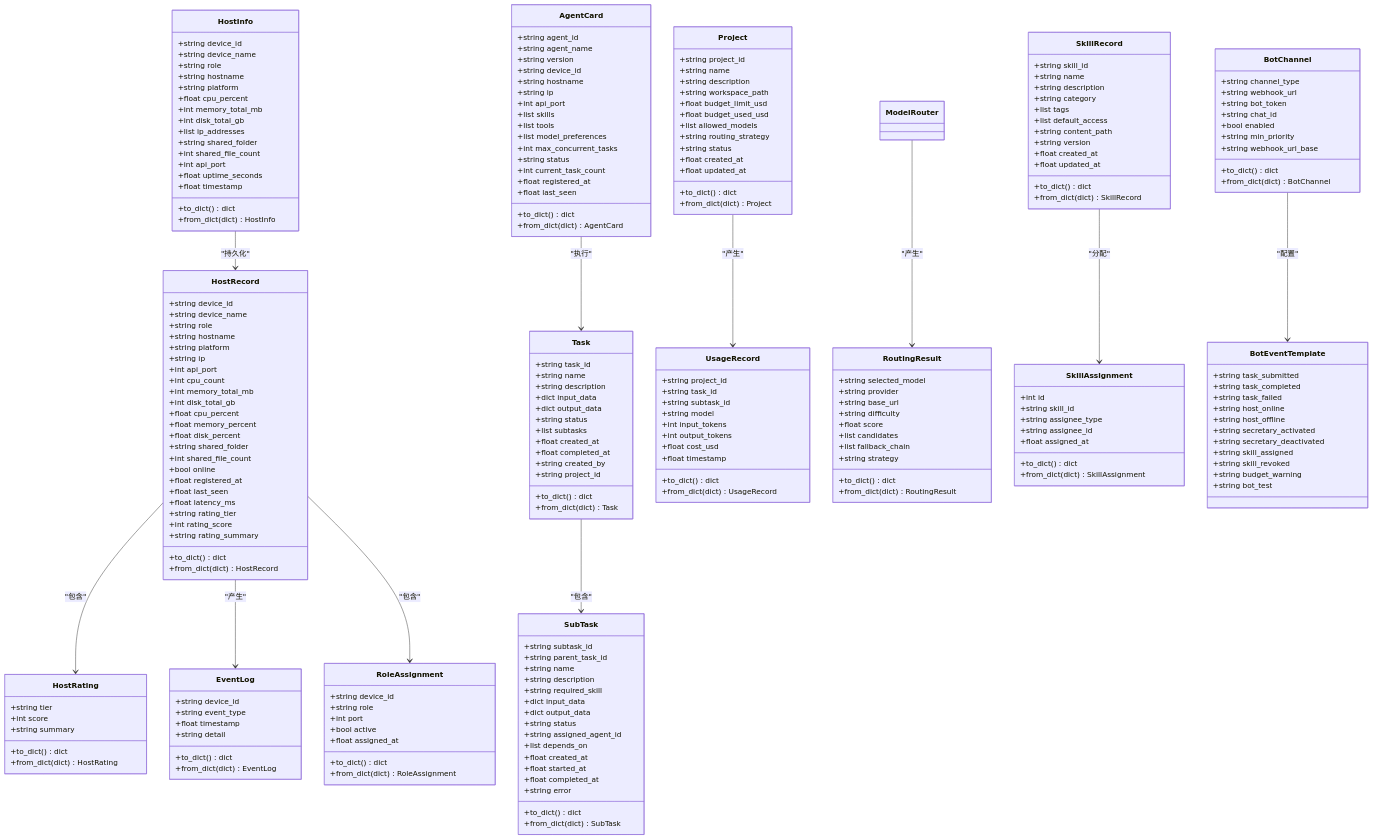
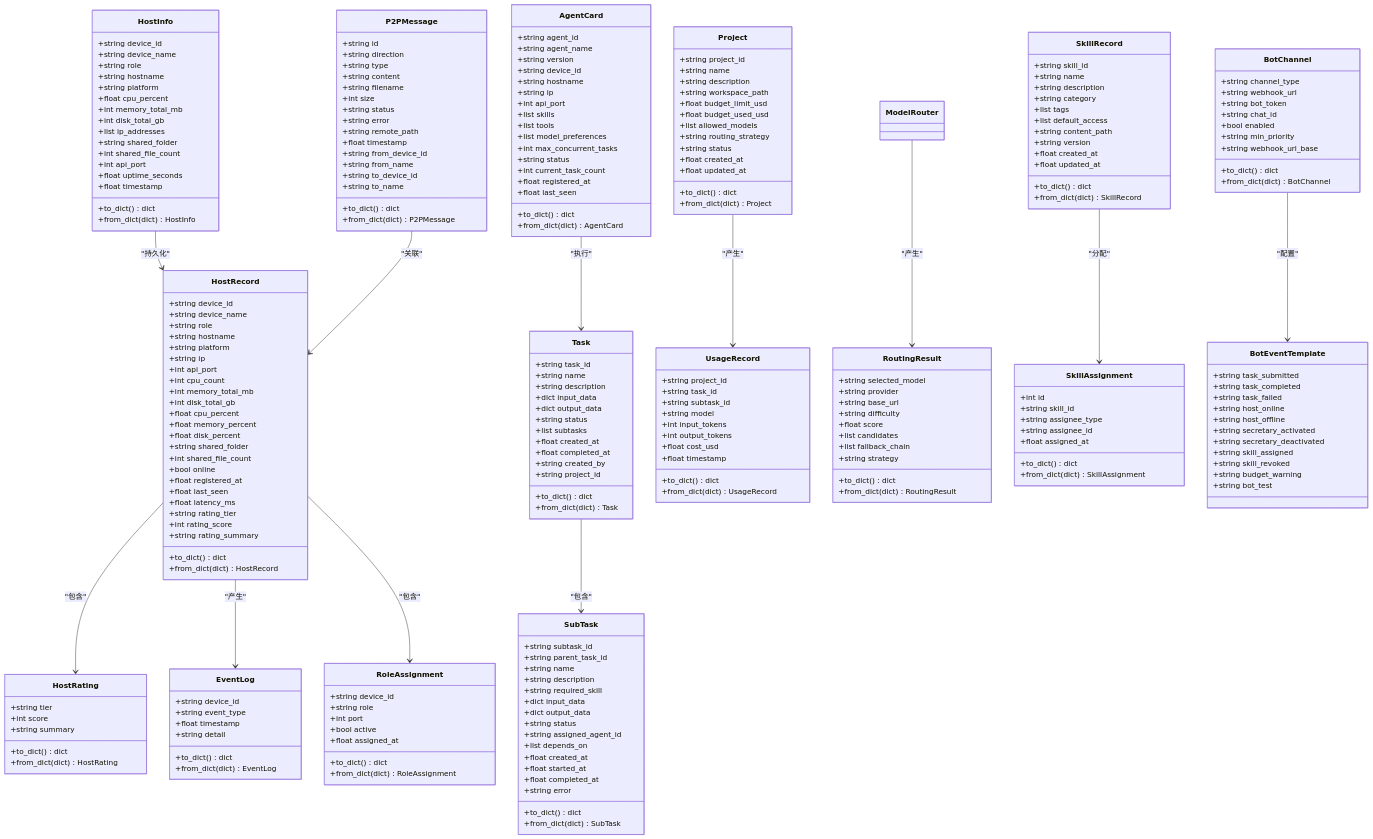
One commit to targalian/Personal-distributed-workstation changed the third of 5 diagrams in .qoder/repowiki/zh/content/Web API 接口/Web API 接口.md. Above: the diagram before and after it, drawn with Mermaid. The commit also changed other lines of this file and 145 other files, not shown here.

````diff
--- a/.qoder/repowiki/zh/content/Web API 接口/Web API 接口.md
+++ b/.qoder/repowiki/zh/content/Web API 接口/Web API 接口.md
@@ -1156,6 +1524,24 @@
 +string budget_warning
 +string bot_test
 }
+class P2PMessage {
++string id
++string direction
++string type
++string content
++string filename
++int size
++string status
++string error
++string remote_path
++float timestamp
++string from_device_id
++string from_name
++string to_device_id
++string to_name
++to_dict() dict
++from_dict(dict) P2PMessage
+}
 HostInfo --> HostRecord : "持久化"
 HostRecord --> HostRating : "包含"
 AgentCard --> Task : "执行"
@@ -1166,4 +1552,5 @@
 HostRecord --> RoleAssignment : "包含"
 SkillRecord --> SkillAssignment : "分配"
 BotChannel --> BotEventTemplate : "配置"
+P2PMessage --> HostRecord : "关联"
 ```
````
